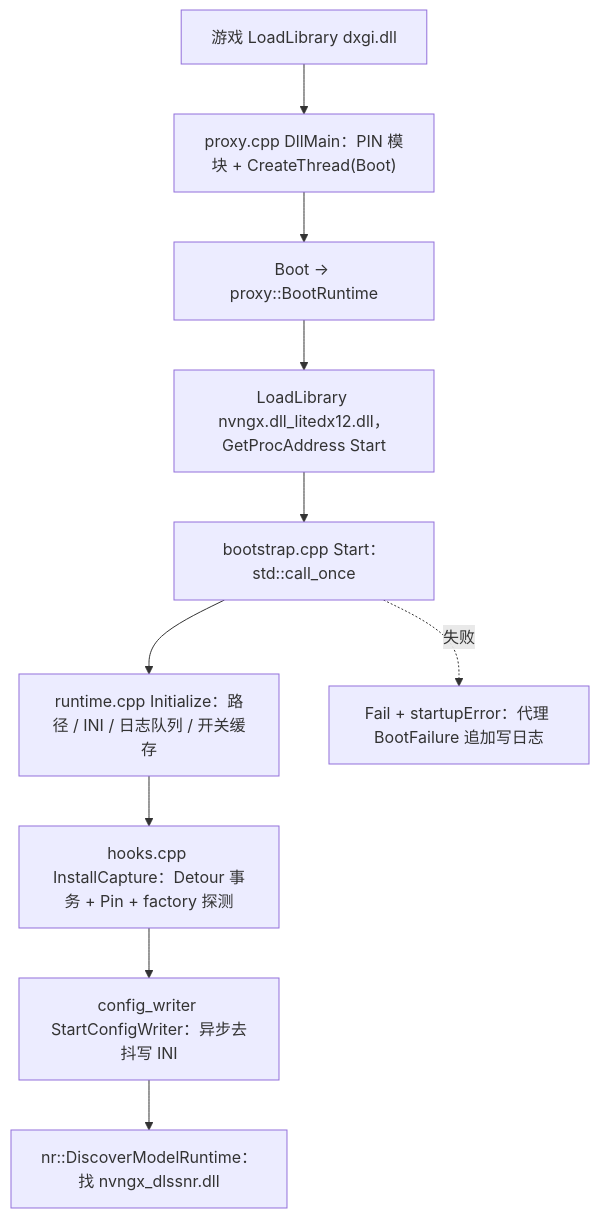
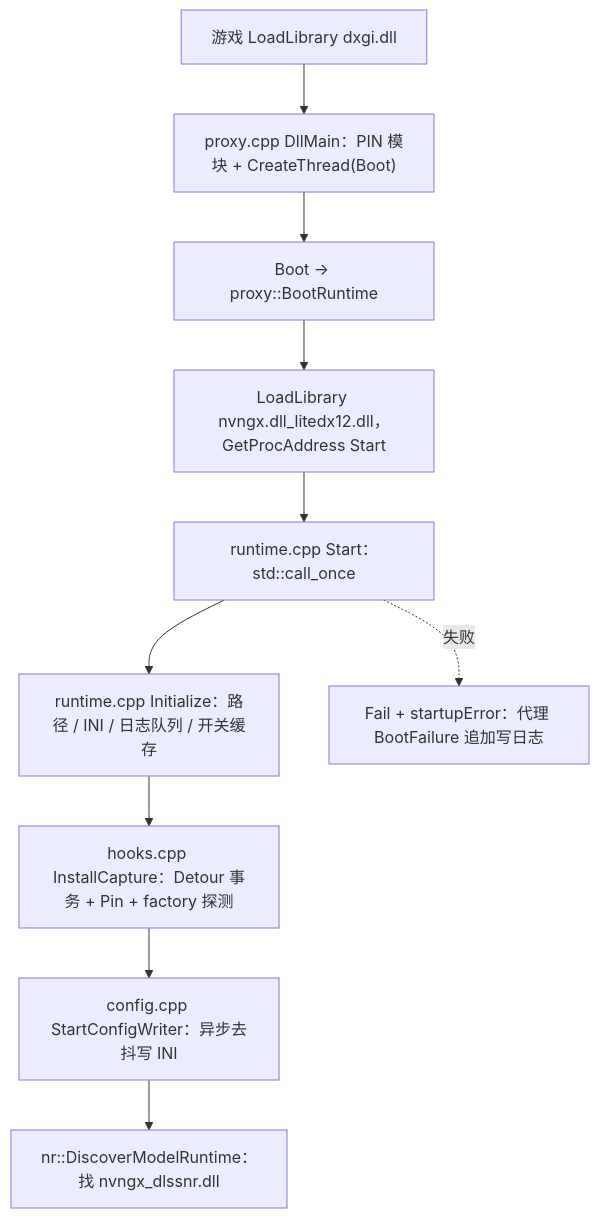
The first of 3 diagrams in docs/ARCH-FLOW-2026-11-05.md (iceblockwen/DLSSNR_LiteDX12), drawn with Mermaid before and after one commit. The commit also changed other lines of this file and 70 other files, not shown here.

````diff
--- a/docs/ARCH-FLOW-2026-11-05.md
+++ b/docs/ARCH-FLOW-2026-11-05.md
@@ -20,12 +20,12 @@
 ```mermaid
 flowchart TD
     A["游戏 LoadLibrary dxgi.dll"] --> B["proxy.cpp DllMain：PIN 模块 + CreateThread(Boot)"]
     B --> C["Boot → proxy::BootRuntime"]
     C --> D["LoadLibrary nvngx.dll_litedx12.dll，GetProcAddress Start"]
-    D --> E["bootstrap.cpp Start：std::call_once"]
+    D --> E["runtime.cpp Start：std::call_once"]
     E --> F["runtime.cpp Initialize：路径 / INI / 日志队列 / 开关缓存"]
     F --> G["hooks.cpp InstallCapture：Detour 事务 + Pin + factory 探测"]
-    G --> H["config_writer StartConfigWriter：异步去抖写 INI"]
+    G --> H["config.cpp StartConfigWriter：异步去抖写 INI"]
     H --> I["nr::DiscoverModelRuntime：找 nvngx_dlssnr.dll"]
     E -.失败.-> J["Fail + startupError：代理 BootFailure 追加写日志"]
 ```
````
